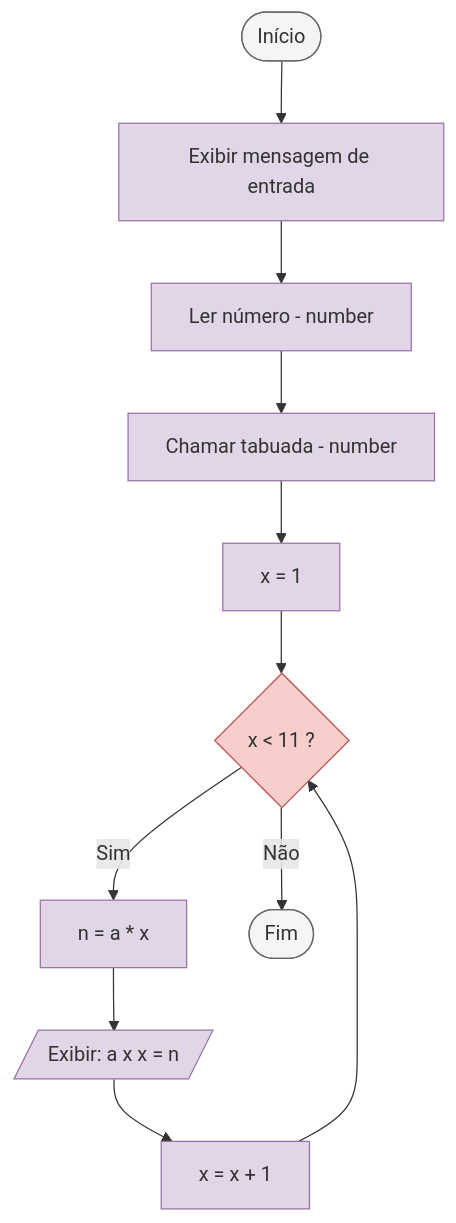
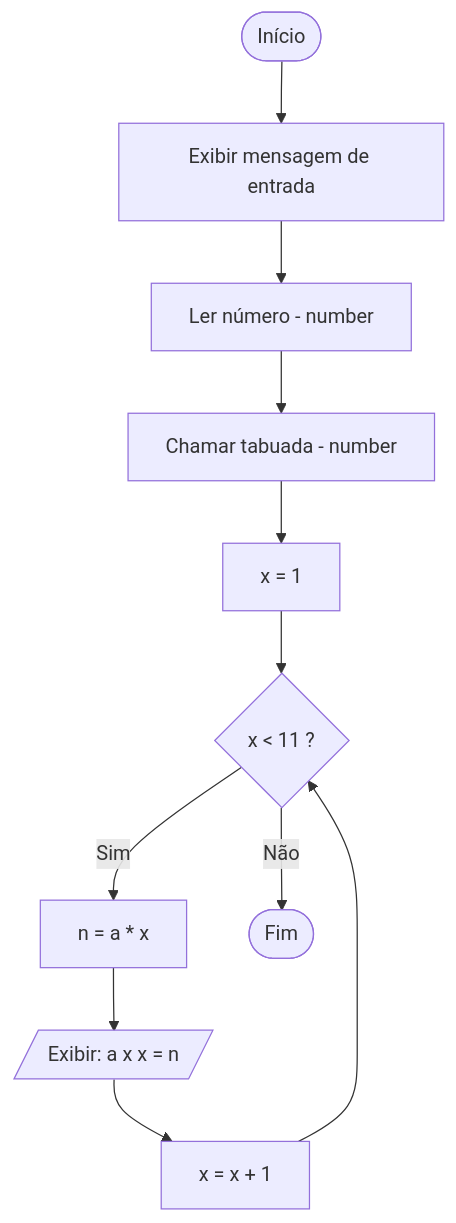
Before and after one commit to EmanuelDizeu/Algoritmo-e-L-gica-de-Programa-o: the diagram in fluxograma1.md, drawn with Mermaid.

````diff
--- a/fluxograma1.md
+++ b/fluxograma1.md
@@ -5,24 +5,13 @@
 ```mermaid
 flowchart TD
     A([Início]) --> B[Exibir mensagem de entrada]
     B --> C[Ler número - number]
     C --> D[Chamar tabuada - number]
     D --> E[x = 1]
     E --> F{x < 11 ?}
     F -- Sim --> G[n = a * x]
     G --> H[/Exibir: a x x = n/]
     H --> I[x = x + 1]
     I --> F
     F -- Não --> J([Fim])
-
-    style A fill:#f5f5f5,stroke:#666
-    style J fill:#f5f5f5,stroke:#666
-    style F fill:#f8cecc,stroke:#b85450
-    style B fill:#e1d5e7,stroke:#9673a6
-    style C fill:#e1d5e7,stroke:#9673a6
-    style D fill:#e1d5e7,stroke:#9673a6
-    style E fill:#e1d5e7,stroke:#9673a6
-    style G fill:#e1d5e7,stroke:#9673a6
-    style H fill:#e1d5e7,stroke:#9673a6
-    style I fill:#e1d5e7,stroke:#9673a6
 ```
````
